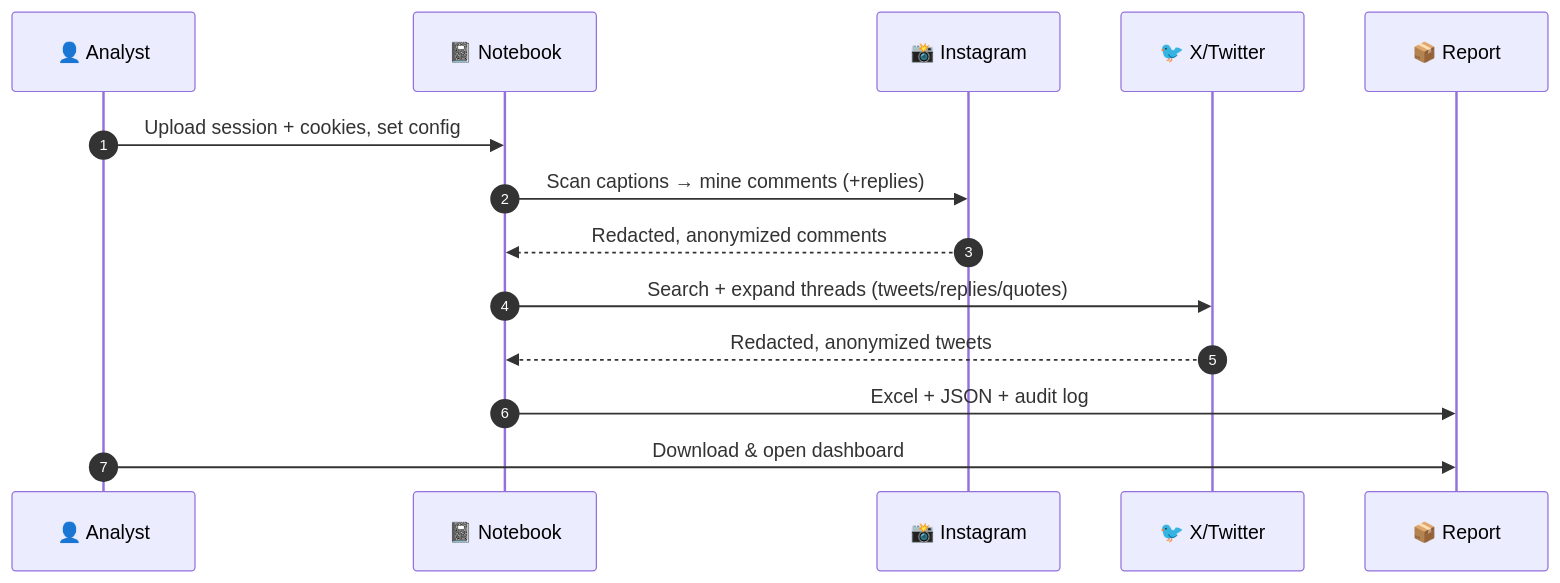
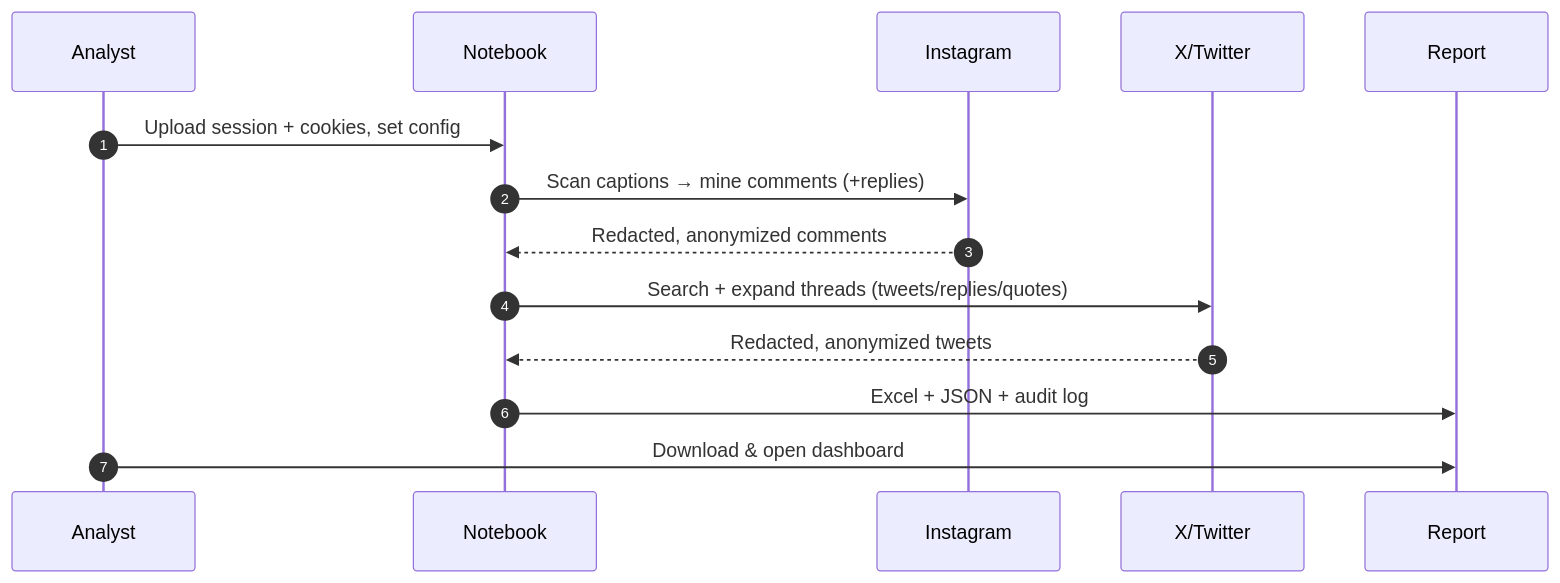
Before and after one commit to anasya271-glitch/instagram-x-scraper: the second of 2 diagrams in README.md, drawn with Mermaid. The commit also changed other lines of this file, not shown here.

````diff
--- a/README.md
+++ b/README.md
@@ -107,17 +107,17 @@
 ```mermaid
 sequenceDiagram
     autonumber
-    participant U as 👤 Analyst
-    participant N as 📓 Notebook
-    participant IG as 📸 Instagram
-    participant X as 🐦 X/Twitter
-    participant R as 📦 Report
+    participant U as Analyst
+    participant N as Notebook
+    participant IG as Instagram
+    participant X as X/Twitter
+    participant R as Report
 
     U->>N: Upload session + cookies, set config
     N->>IG: Scan captions → mine comments (+replies)
     IG-->>N: Redacted, anonymized comments
     N->>X: Search + expand threads (tweets/replies/quotes)
     X-->>N: Redacted, anonymized tweets
     N->>R: Excel + JSON + audit log
     U->>R: Download & open dashboard
 ```
````
